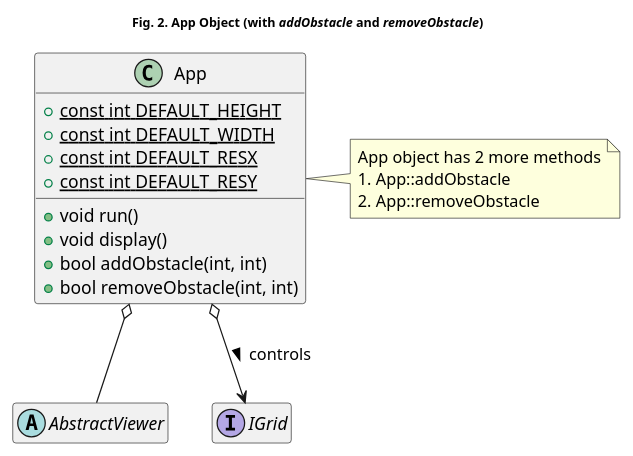
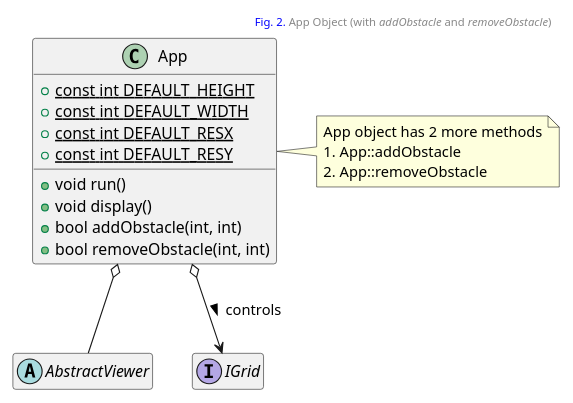
The second of 4 diagrams in _posts/modsim/2020-10-04-2d-grid-obstacles.md (kanmeugne/kanmeugne.github.io), drawn with PlantUML before and after one commit. The commit also changed other lines of this file, not shown here.

```diff
--- a/_posts/modsim/2020-10-04-2d-grid-obstacles.md
+++ b/_posts/modsim/2020-10-04-2d-grid-obstacles.md
@@ -53,28 +53,29 @@
 {% plantuml %}
 @startuml
-title: <size:10>Fig. 2. App Object (with <i>addObstacle</i> and <i>removeObstacle</i>)</size>
+header: <font color=blue>Fig. 2.</font> App Object (with <i>addObstacle</i> and <i>removeObstacle</i>)
+scale 0.9
 class App {
     + {static} const int DEFAULT_HEIGHT
     + {static} const int DEFAULT_WIDTH
     + {static} const int DEFAULT_RESX
     + {static} const int DEFAULT_RESY
     + void run()
     + void display()
     + bool addObstacle(int, int)
     + bool removeObstacle(int, int)
 }
 
 note right
 App object has 2 more methods
 # App::addObstacle
 # App::removeObstacle
 end note
 abstract class AbstractViewer
 interface IGrid
 App o-- AbstractViewer
 App o--> IGrid : controls >
 hide IGrid members
 hide AbstractViewer members
 
 @enduml
 {% endplantuml %}
```
